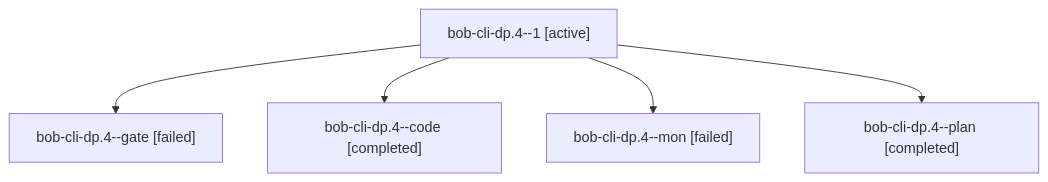
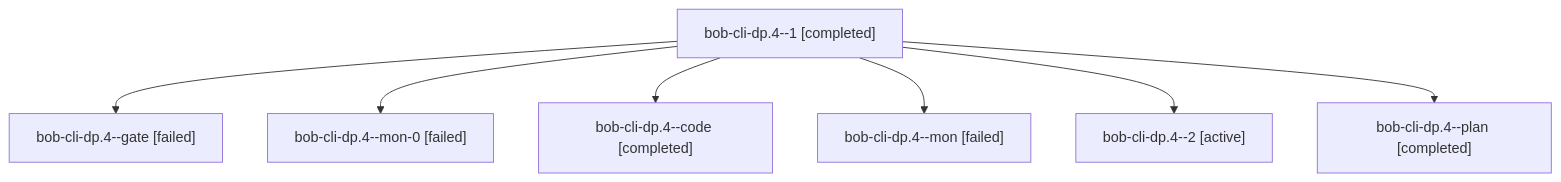
The diagram in sessions/bbugyi200.athena.bob-cli-dp.4.md (bobs-org/bob-cli--agents), drawn with Mermaid before and after one commit. The commit also changed other lines of this file and 36 other files, not shown here.

````diff
--- a/sessions/bbugyi200.athena.bob-cli-dp.4.md
+++ b/sessions/bbugyi200.athena.bob-cli-dp.4.md
@@ -9,12 +9,16 @@
 ```mermaid
 flowchart TD
-  n0["bob-cli-dp.4--1 [active]"]
+  n0["bob-cli-dp.4--1 [completed]"]
   n1["bob-cli-dp.4--gate [failed]"]
   n0 --> n1
-  n2["bob-cli-dp.4--code [completed]"]
+  n2["bob-cli-dp.4--mon-0 [failed]"]
   n0 --> n2
-  n3["bob-cli-dp.4--mon [failed]"]
+  n3["bob-cli-dp.4--code [completed]"]
   n0 --> n3
-  n4["bob-cli-dp.4--plan [completed]"]
+  n4["bob-cli-dp.4--mon [failed]"]
   n0 --> n4
+  n5["bob-cli-dp.4--2 [active]"]
+  n0 --> n5
+  n6["bob-cli-dp.4--plan [completed]"]
+  n0 --> n6
 ```
````
